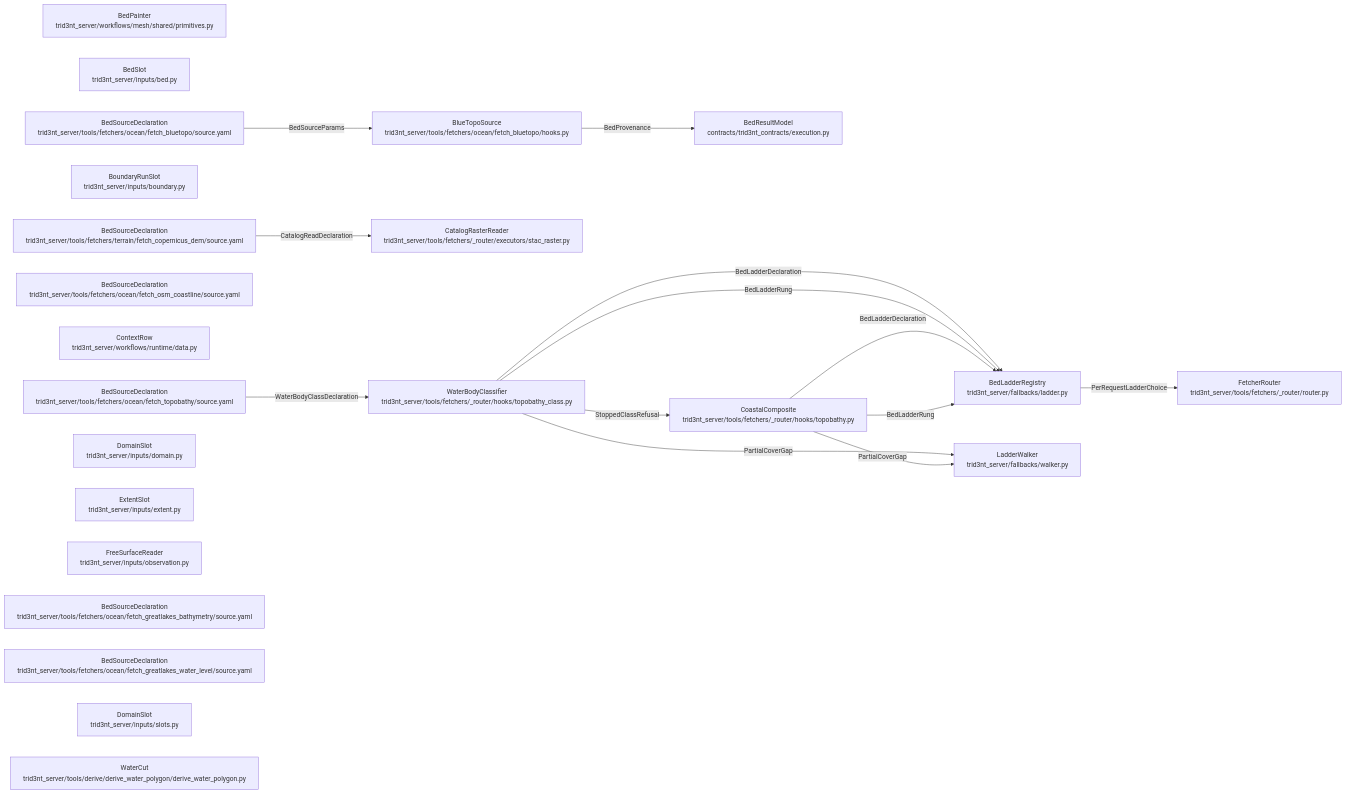
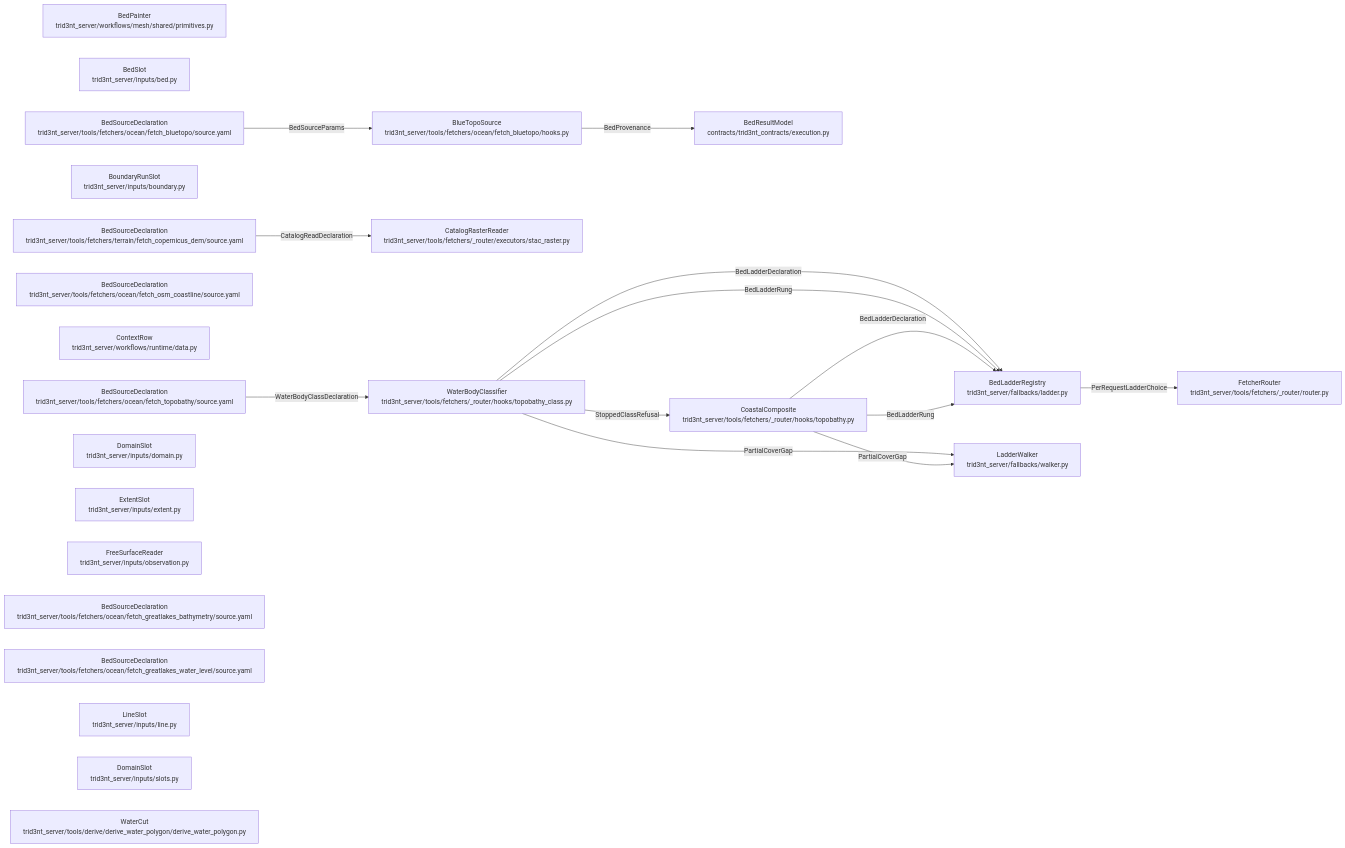
One commit to double-r-squared/trid3nt-qgis-plugin changed the diagram in docs/model/data-seam-view.md. Above: the diagram before and after it, drawn with Mermaid. The commit also changed 15 other files, not shown here.

````diff
--- a/docs/model/data-seam-view.md
+++ b/docs/model/data-seam-view.md
@@ -9,38 +9,39 @@
 ```mermaid
 flowchart LR
     bedLadderRegistry["BedLadderRegistry<br/>trid3nt_server/fallbacks/ladder.py"]
     bedPainter["BedPainter<br/>trid3nt_server/workflows/mesh/shared/primitives.py"]
     bedResultModel["BedResultModel<br/>contracts/trid3nt_contracts/execution.py"]
     bedSlot["BedSlot<br/>trid3nt_server/inputs/bed.py"]
     blueTopoDeclaration["BedSourceDeclaration<br/>trid3nt_server/tools/fetchers/ocean/fetch_bluetopo/source.yaml"]
     blueTopoSource["BlueTopoSource<br/>trid3nt_server/tools/fetchers/ocean/fetch_bluetopo/hooks.py"]
     boundaryRunSlot["BoundaryRunSlot<br/>trid3nt_server/inputs/boundary.py"]
     coastalComposite["CoastalComposite<br/>trid3nt_server/tools/fetchers/_router/hooks/topobathy.py"]
     coastalDeclaration["BedSourceDeclaration<br/>trid3nt_server/tools/fetchers/ocean/fetch_topobathy/source.yaml"]
     coastlineDeclaration["BedSourceDeclaration<br/>trid3nt_server/tools/fetchers/ocean/fetch_osm_coastline/source.yaml"]
     contextRow["ContextRow<br/>trid3nt_server/workflows/runtime/data.py"]
     copernicusDeclaration["BedSourceDeclaration<br/>trid3nt_server/tools/fetchers/terrain/fetch_copernicus_dem/source.yaml"]
     domainSlot["DomainSlot<br/>trid3nt_server/inputs/domain.py"]
     extentSlot["ExtentSlot<br/>trid3nt_server/inputs/extent.py"]
     fetcherRouter["FetcherRouter<br/>trid3nt_server/tools/fetchers/_router/router.py"]
     freeSurfaceReader["FreeSurfaceReader<br/>trid3nt_server/inputs/observation.py"]
     ladderWalker["LadderWalker<br/>trid3nt_server/fallbacks/walker.py"]
     lakeDeclaration["BedSourceDeclaration<br/>trid3nt_server/tools/fetchers/ocean/fetch_greatlakes_bathymetry/source.yaml"]
     lakeLevelDeclaration["BedSourceDeclaration<br/>trid3nt_server/tools/fetchers/ocean/fetch_greatlakes_water_level/source.yaml"]
+    lineSlot["LineSlot<br/>trid3nt_server/inputs/line.py"]
     slotDoor["DomainSlot<br/>trid3nt_server/inputs/slots.py"]
     stacRasterReader["CatalogRasterReader<br/>trid3nt_server/tools/fetchers/_router/executors/stac_raster.py"]
     waterBodyClassifier["WaterBodyClassifier<br/>trid3nt_server/tools/fetchers/_router/hooks/topobathy_class.py"]
     waterCut["WaterCut<br/>trid3nt_server/tools/derive/derive_water_polygon/derive_water_polygon.py"]
     blueTopoSource -- "BedProvenance" --> bedResultModel
     blueTopoDeclaration -- "BedSourceParams" --> blueTopoSource
     copernicusDeclaration -- "CatalogReadDeclaration" --> stacRasterReader
     waterBodyClassifier -- "PartialCoverGap" --> ladderWalker
     waterBodyClassifier -- "BedLadderDeclaration" --> bedLadderRegistry
     waterBodyClassifier -- "BedLadderRung" --> bedLadderRegistry
     coastalDeclaration -- "WaterBodyClassDeclaration" --> waterBodyClassifier
     coastalComposite -- "PartialCoverGap" --> ladderWalker
     coastalComposite -- "BedLadderDeclaration" --> bedLadderRegistry
     coastalComposite -- "BedLadderRung" --> bedLadderRegistry
     bedLadderRegistry -- "PerRequestLadderChoice" --> fetcherRouter
     waterBodyClassifier -- "StoppedClassRefusal" --> coastalComposite
 ```
````
